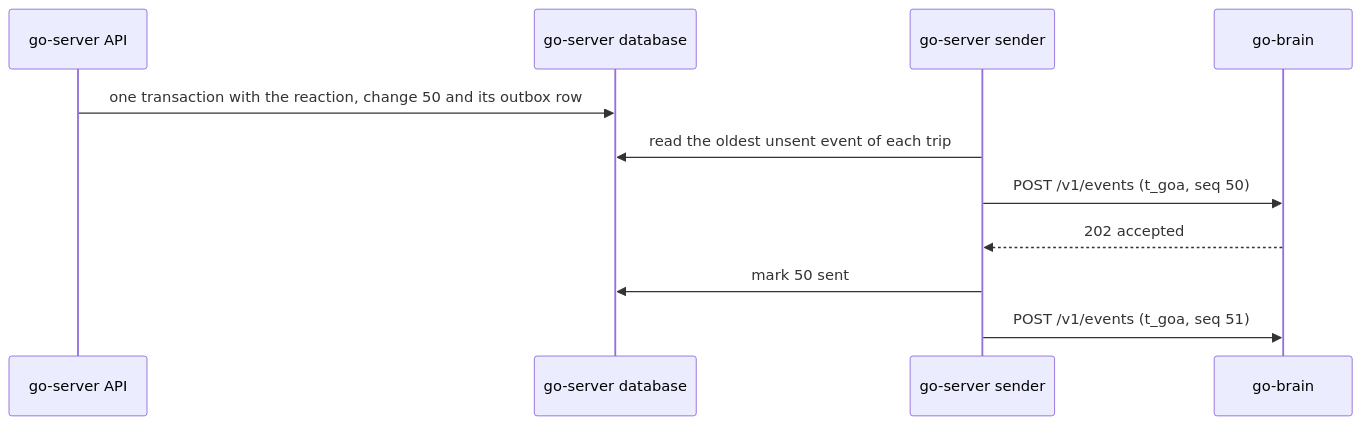
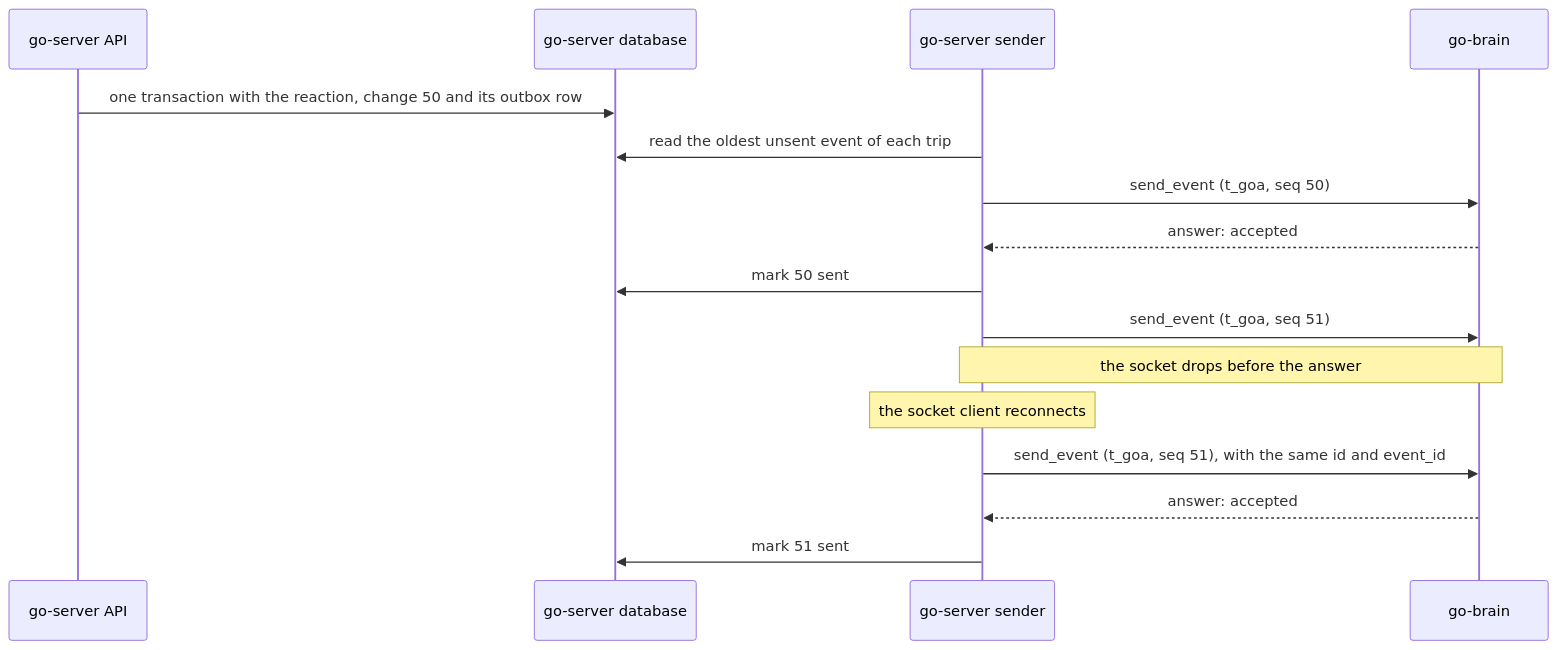
One commit to vestra-ai/go-brain changed the diagram in docs/guide/03-events.md. Above: the diagram before and after it, drawn with Mermaid. The commit also changed other lines of this file and 23 other files, not shown here.

````diff
--- a/docs/guide/03-events.md
+++ b/docs/guide/03-events.md
@@ -66,13 +118,18 @@
 ```mermaid
 sequenceDiagram
   participant API as go-server API
   participant DB as go-server database
   participant S as go-server sender
   participant B as go-brain
   API->>DB: one transaction with the reaction, change 50 and its outbox row
   S->>DB: read the oldest unsent event of each trip
-  S->>B: POST /v1/events (t_goa, seq 50)
-  B-->>S: 202 accepted
+  S->>B: send_event (t_goa, seq 50)
+  B-->>S: answer: accepted
   S->>DB: mark 50 sent
-  S->>B: POST /v1/events (t_goa, seq 51)
+  S->>B: send_event (t_goa, seq 51)
+  Note over S,B: the socket drops before the answer
+  Note over S: the socket client reconnects
+  S->>B: send_event (t_goa, seq 51), with the same id and event_id
+  B-->>S: answer: accepted
+  S->>DB: mark 51 sent
 ```
````
